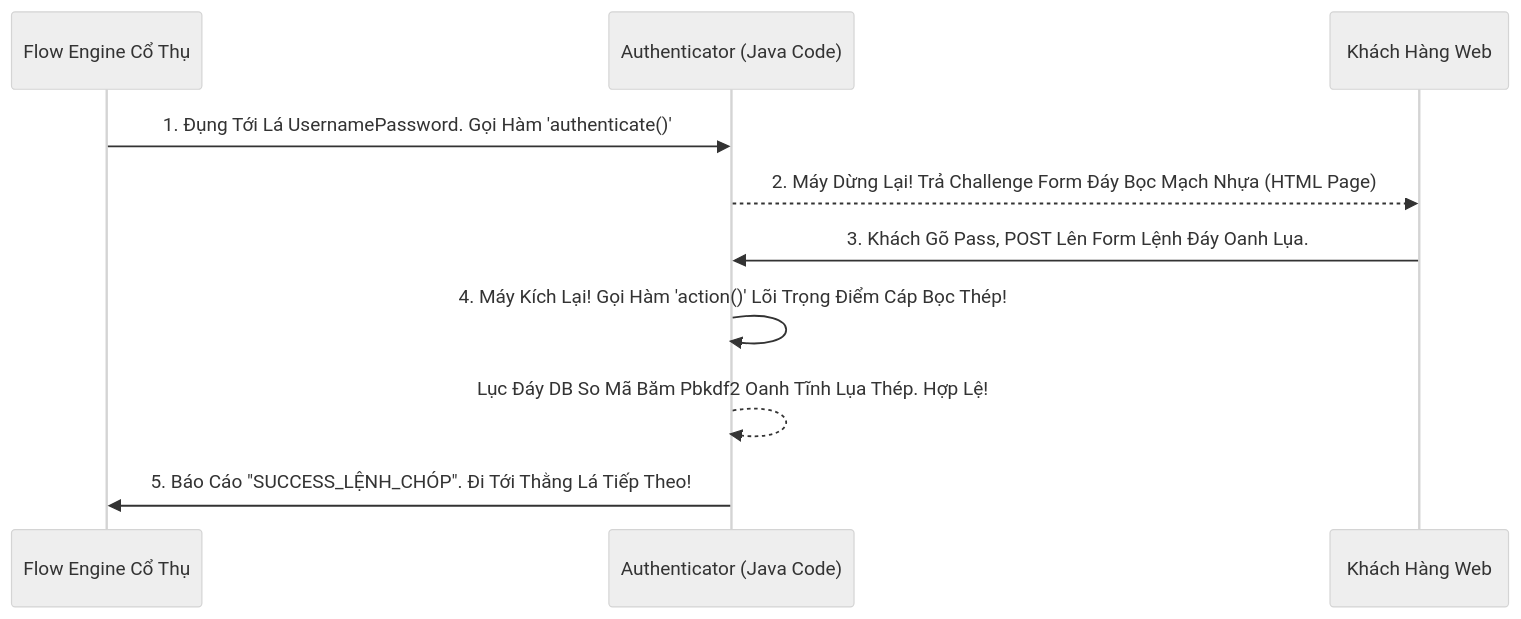
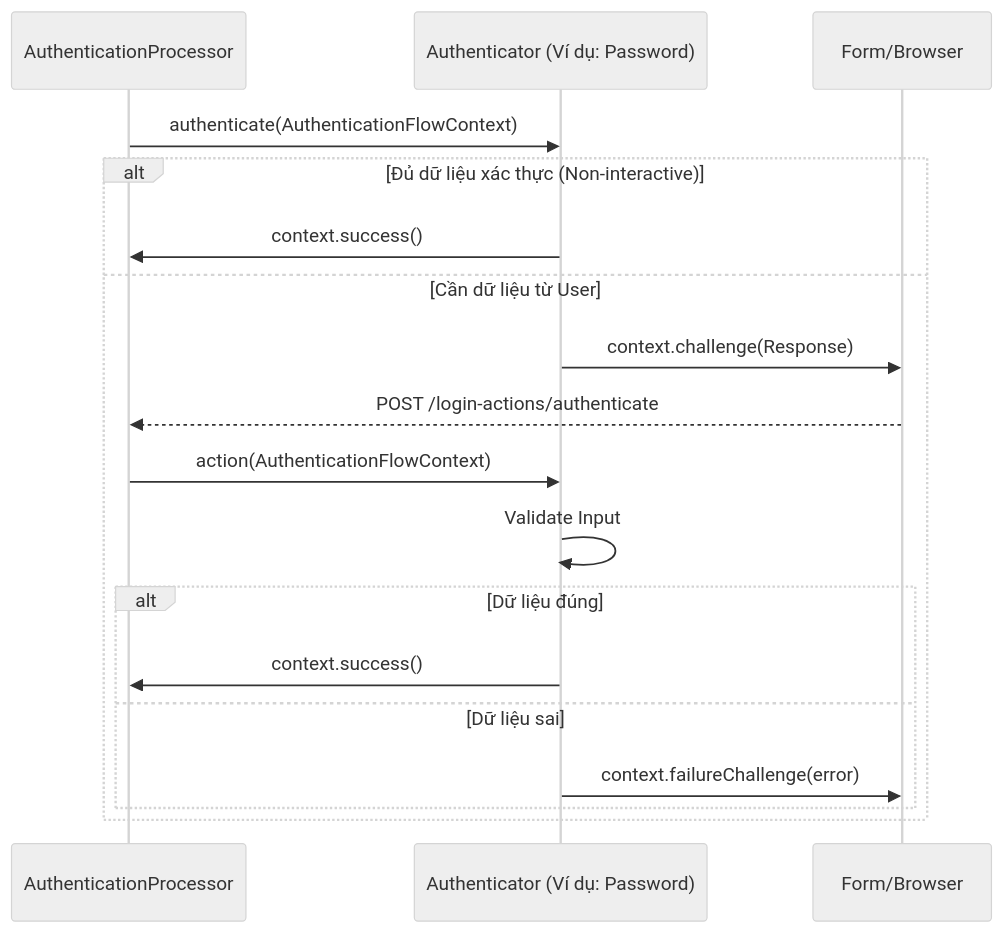
Before and after one commit to Luckyy0/keycloak: the diagram in 19-Authentication-Flows/Module-1-Execution/Lesson-2-Authenticators.md, drawn with Mermaid (neutral theme). The commit also changed other lines of this file and 215 other files, not shown here.

````diff
--- a/19-Authentication-Flows/Module-1-Execution/Lesson-2-Authenticators.md
+++ b/19-Authentication-Flows/Module-1-Execution/Lesson-2-Authenticators.md
@@ -28,15 +20,21 @@
 ```mermaid
 sequenceDiagram
-    participant Flow as Flow Engine Cổ Thụ
-    participant Auth as Authenticator (Java Code)
-    participant User as Khách Hàng Web
-
-    Flow->>Auth: 1. Đụng Tới Lá UsernamePassword. Gọi Hàm 'authenticate()'
-    Auth-->>User: 2. Máy Dừng Lại! Trả Challenge Form Đáy Bọc Mạch Nhựa (HTML Page)
+    participant Process as AuthenticationProcessor
+    participant Auth as Authenticator (Ví dụ: Password)
+    participant UI as Form/Browser
     
-    User->>Auth: 3. Khách Gõ Pass, POST Lên Form Lệnh Đáy Oanh Lụa.
-    Auth->>Auth: 4. Máy Kích Lại! Gọi Hàm 'action()' Lõi Trọng Điểm Cáp Bọc Thép!
-    
-    Auth-->>Auth: Lục Đáy DB So Mã Băm Pbkdf2 Oanh Tĩnh Lụa Thép. Hợp Lệ!
-    Auth->>Flow: 5. Báo Cáo "SUCCESS_LỆNH_CHÓP". Đi Tới Thằng Lá Tiếp Theo!
+    Process->>Auth: authenticate(AuthenticationFlowContext)
+    alt Đủ dữ liệu xác thực (Non-interactive)
+        Auth->>Process: context.success()
+    else Cần dữ liệu từ User
+        Auth->>UI: context.challenge(Response)
+        UI-->>Process: POST /login-actions/authenticate
+        Process->>Auth: action(AuthenticationFlowContext)
+        Auth->>Auth: Validate Input
+        alt Dữ liệu đúng
+            Auth->>Process: context.success()
+        else Dữ liệu sai
+            Auth->>UI: context.failureChallenge(error)
+        end
+    end
 ```
````
